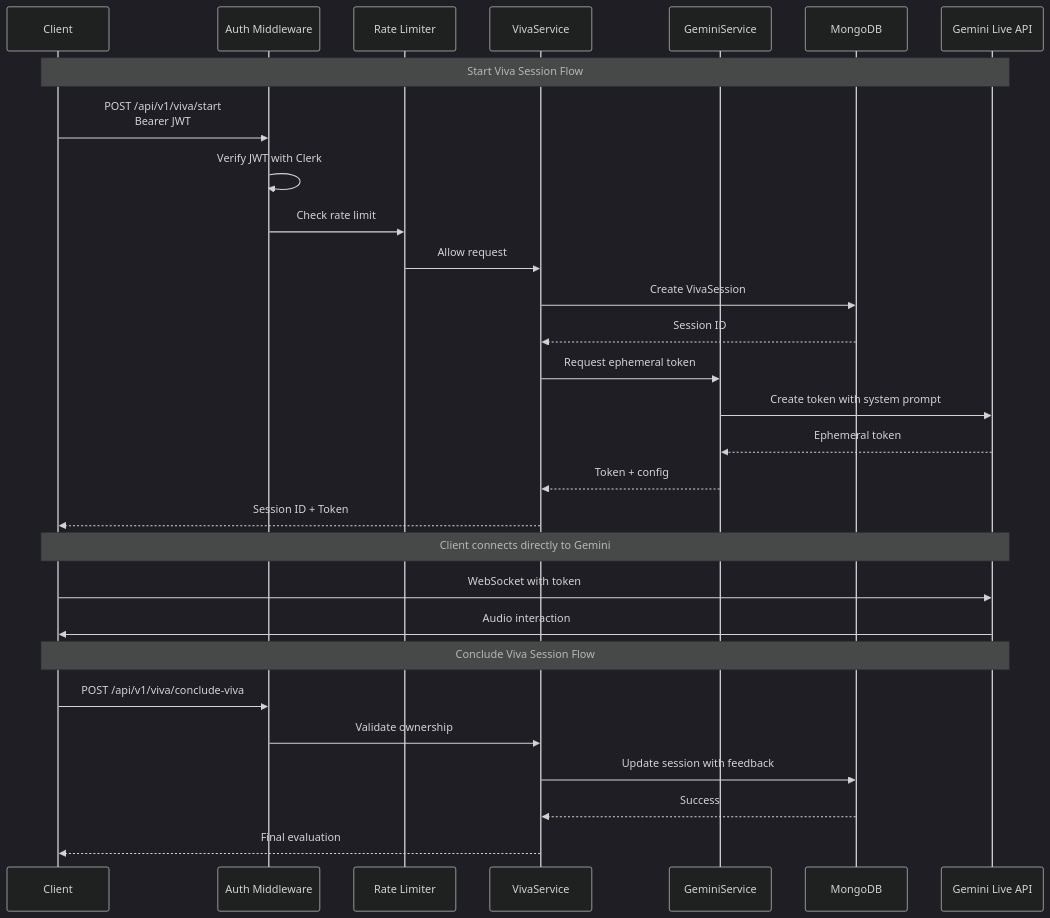
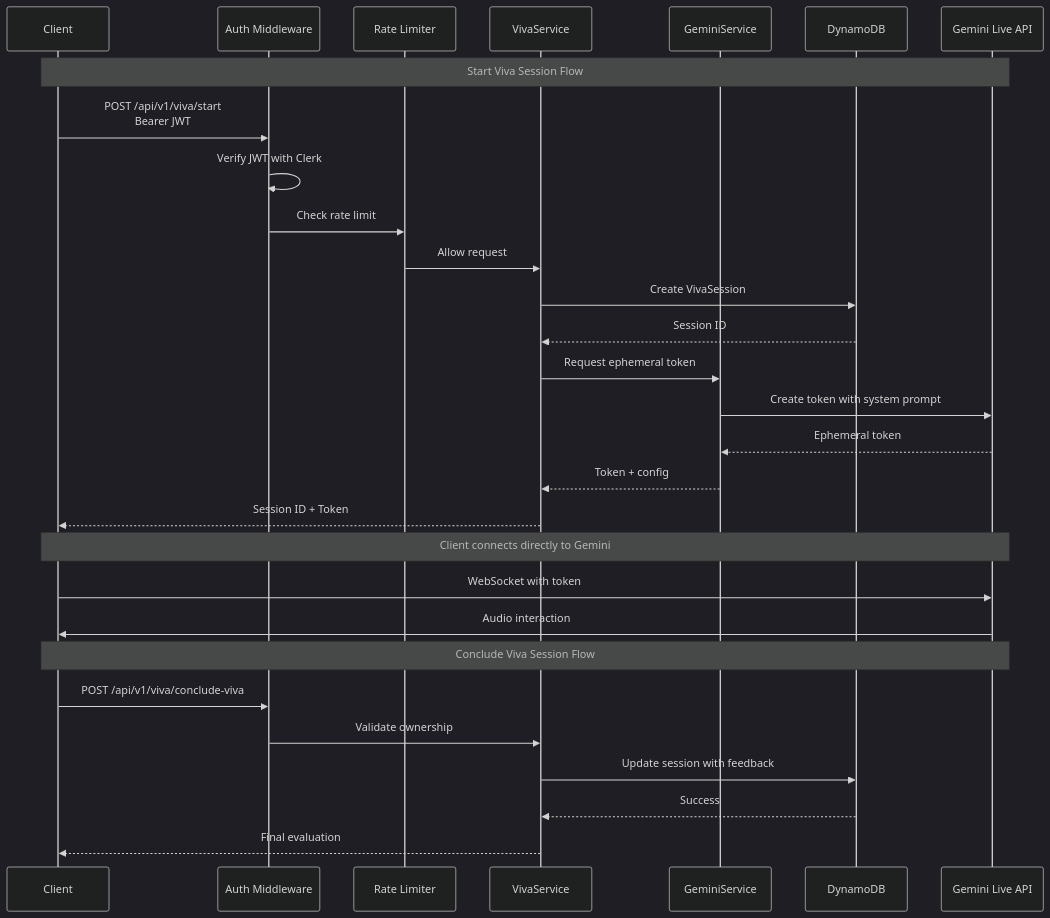
The second of 5 diagrams in README.md (Veenoe/veenoe-backend), drawn with Mermaid (dark theme) before and after one commit. The commit also changed other lines of this file and 42 other files, not shown here.

First line of the commit message:
VEENOE-10: Replace MongoDB session persistence with DynamoDB (#30)

````diff
--- a/README.md
+++ b/README.md
@@ -112,38 +112,38 @@
 ```mermaid
 sequenceDiagram
     participant C as Client
     participant A as Auth Middleware
     participant R as Rate Limiter
     participant S as VivaService
     participant G as GeminiService
-    participant DB as MongoDB
+    participant DB as DynamoDB
     participant AI as Gemini Live API
 
     Note over C,AI: Start Viva Session Flow
     
     C->>A: POST /api/v1/viva/start<br/>Bearer JWT
     A->>A: Verify JWT with Clerk
     A->>R: Check rate limit
     R->>S: Allow request
     
     S->>DB: Create VivaSession
     DB-->>S: Session ID
     S->>G: Request ephemeral token
     G->>AI: Create token with system prompt
     AI-->>G: Ephemeral token
     G-->>S: Token + config
     S-->>C: Session ID + Token
     
     Note over C,AI: Client connects directly to Gemini
     
     C->>AI: WebSocket with token
     AI->>C: Audio interaction
     
     Note over C,AI: Conclude Viva Session Flow
     
     C->>A: POST /api/v1/viva/conclude-viva
     A->>S: Validate ownership
     S->>DB: Update session with feedback
     DB-->>S: Success
     S-->>C: Final evaluation
 ```
````
